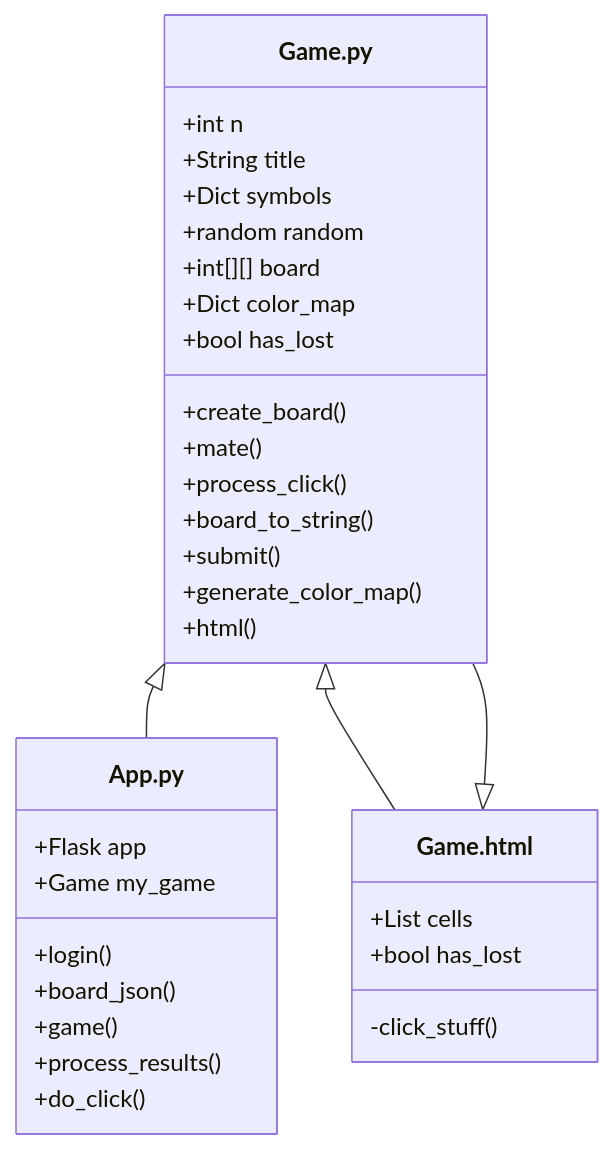
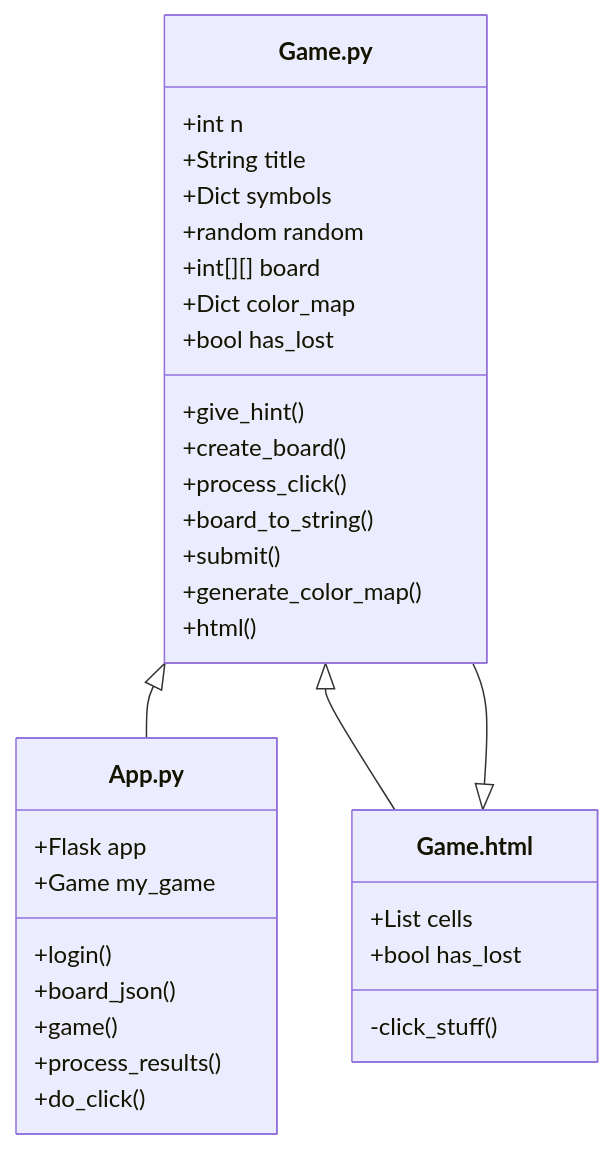
One commit to FollowedPlate/AMPSweeper changed the first of 2 diagrams in README.md. Above: the diagram before and after it, drawn with Mermaid.

Commit message:
Small readme change

````diff
--- a/README.md
+++ b/README.md
@@ -5,40 +5,41 @@
 ```mermaid
 classDiagram
 direction TB
     class App.py {
 	    +Flask app
 	    +Game my_game
 	    +login()
 	    +board_json()
 	    +game()
 	    +process_results()
 	    +do_click()
     }
 
     class Game.py {
 	    +int n
 	    +String title
 	    +Dict symbols
 	    +random random
 	    +int[][] board
 	    +Dict color_map
+
+        +give_hint()
 	    +bool has_lost
 	    +create_board()
-	    +mate()
 	    +process_click()
 	    +board_to_string()
 	    +submit()
 	    +generate_color_map()
 	    +html()
     }
 
     class Game.html {
 	    +List cells
 	    +bool has_lost
 	    -click_stuff()
     }
 
     Game.py <|-- App.py
     Game.py <|-- Game.html
     Game.py --|> Game.html
 ```
````
